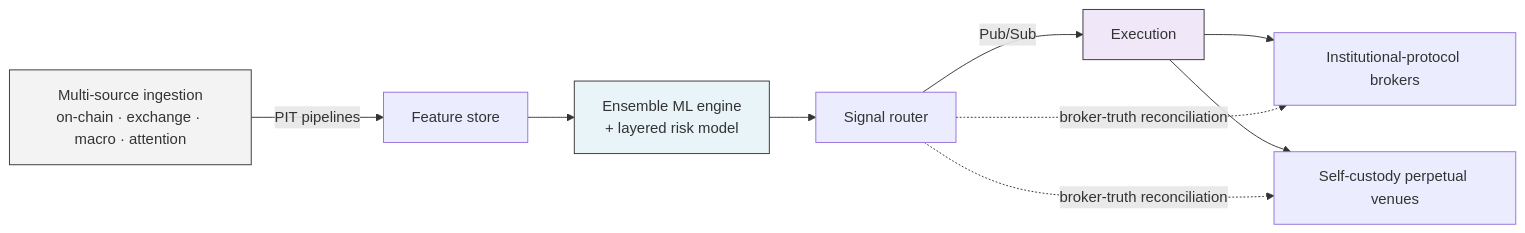
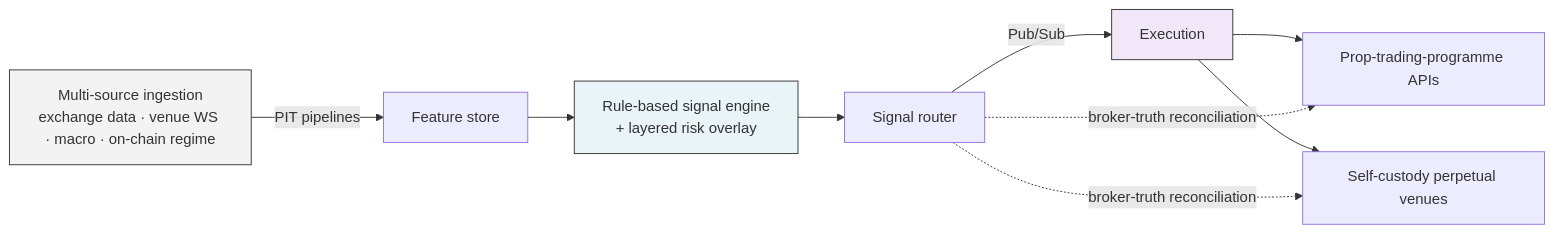
One commit to DisuzaQuantitative/Disuza-Quantitative changed the diagram in README.md. Above: the diagram before and after it, drawn with Mermaid. The commit also changed other lines of this file and 20 other files, not shown here.

````diff
--- a/README.md
+++ b/README.md
@@ -55,14 +58,14 @@
 ```mermaid
 graph LR
-  A[Multi-source ingestion<br/>on-chain · exchange · macro · attention] -->|PIT pipelines| B[Feature store]
-  B --> C[Ensemble ML engine<br/>+ layered risk model]
+  A[Multi-source ingestion<br/>exchange data · venue WS · macro · on-chain regime] -->|PIT pipelines| B[Feature store]
+  B --> C[Rule-based signal engine<br/>+ layered risk overlay]
   C --> D[Signal router]
   D -->|Pub/Sub| E[Execution]
-  E --> F[Institutional-protocol brokers]
+  E --> F[Prop-trading-programme APIs]
   E --> G[Self-custody perpetual venues]
   D -.->|broker-truth reconciliation| F
   D -.->|broker-truth reconciliation| G
   style A fill:#f3f3f3,stroke:#333
   style C fill:#e8f4f8,stroke:#333
   style E fill:#f0e8f8,stroke:#333
 ```
````
